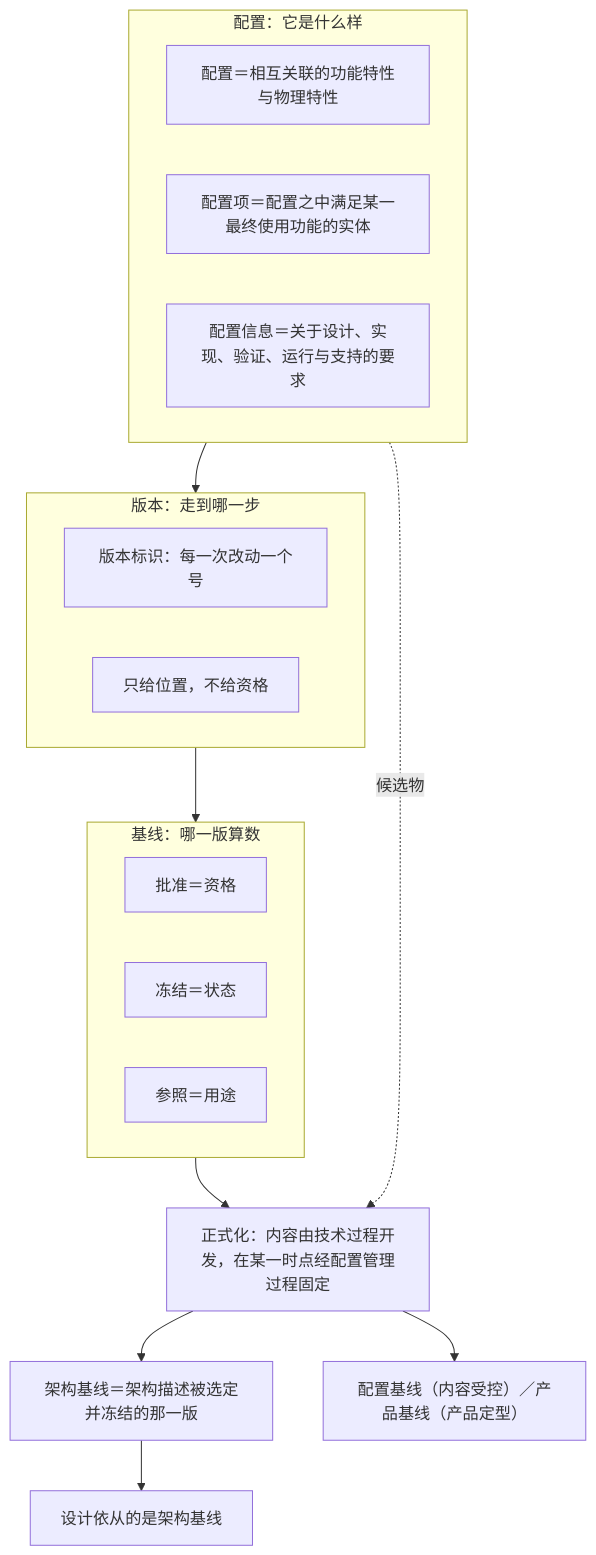
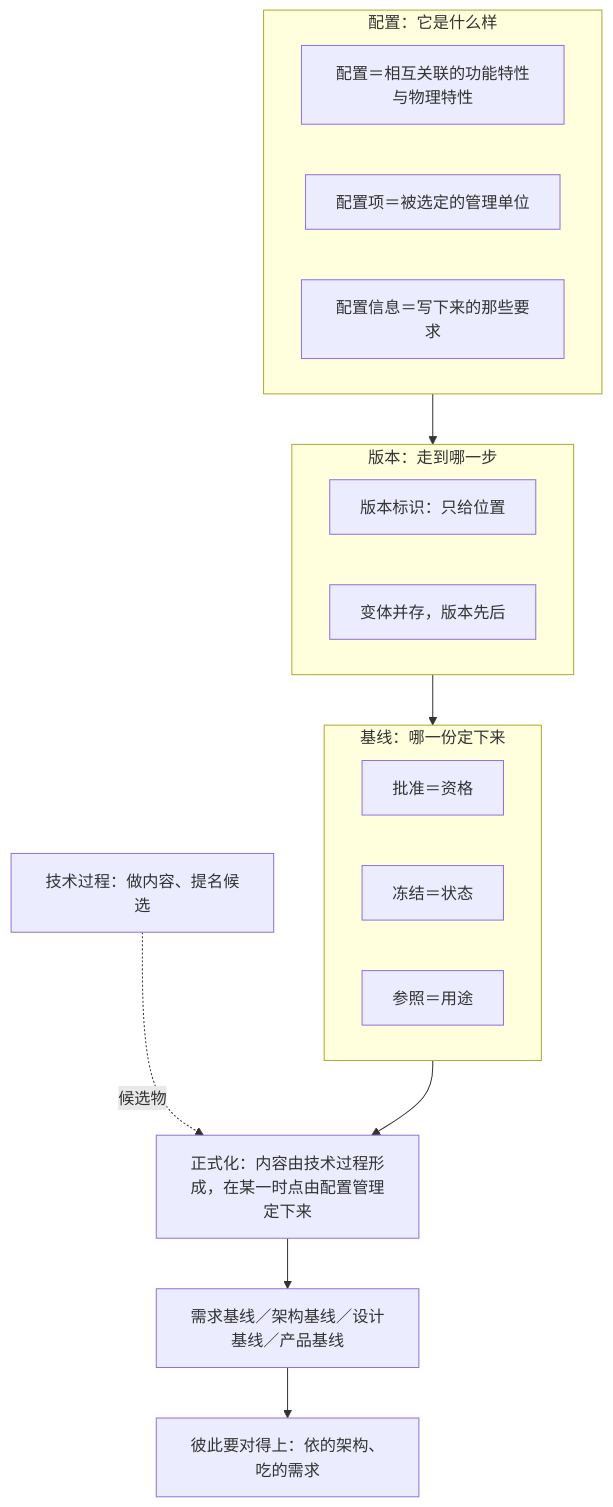
Before and after one commit to Yongjunzhou/business-Engineering: the diagram in 10-系统工程研究/03-架构师是个怎样的物种/成书/build/.mmd/ch15-fig02.mmd, drawn with Mermaid. The commit also changed 102 other files, not shown here.

```diff
--- a/10-系统工程研究/03-架构师是个怎样的物种/成书/build/.mmd/ch15-fig02.mmd
+++ b/10-系统工程研究/03-架构师是个怎样的物种/成书/build/.mmd/ch15-fig02.mmd
@@ -1,21 +1,20 @@
 flowchart TB
     subgraph P["配置：它是什么样"]
         C1["配置＝相互关联的功能特性与物理特性"]
-        C2["配置项＝配置之中满足某一最终使用功能的实体"]
-        C3["配置信息＝关于设计、实现、验证、运行与支持的要求"]
+        C2["配置项＝被选定的管理单位"]
+        C3["配置信息＝写下来的那些要求"]
     end
     subgraph V["版本：走到哪一步"]
-        V1["版本标识：每一次改动一个号"]
-        V2["只给位置，不给资格"]
+        V1["版本标识：只给位置"]
+        V2["变体并存，版本先后"]
     end
-    subgraph B["基线：哪一版算数"]
+    subgraph B["基线：哪一份定下来"]
         B1["批准＝资格"]
         B2["冻结＝状态"]
         B3["参照＝用途"]
     end
     P --> V --> B
-    B --> F["正式化：内容由技术过程开发，在某一时点经配置管理过程固定"]
-    F --> G["架构基线＝架构描述被选定并冻结的那一版"]
-    F --> H["配置基线（内容受控）／产品基线（产品定型）"]
-    G --> I["设计依从的是架构基线"]
-    P -. 候选物 .-> F
+    B --> F["正式化：内容由技术过程形成，在某一时点由配置管理定下来"]
+    F --> G["需求基线／架构基线／设计基线／产品基线"]
+    G --> H["彼此要对得上：依的架构、吃的需求"]
+    TR["技术过程：做内容、提名候选"] -. 候选物 .-> F
```
